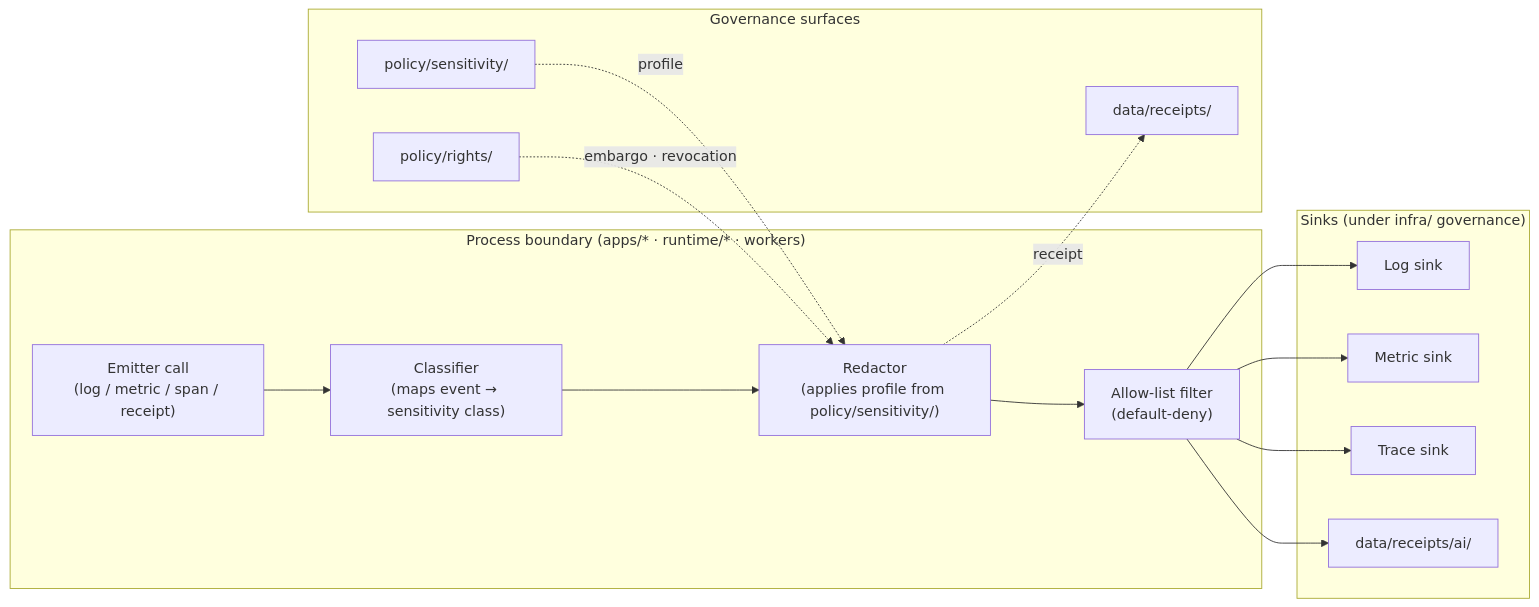
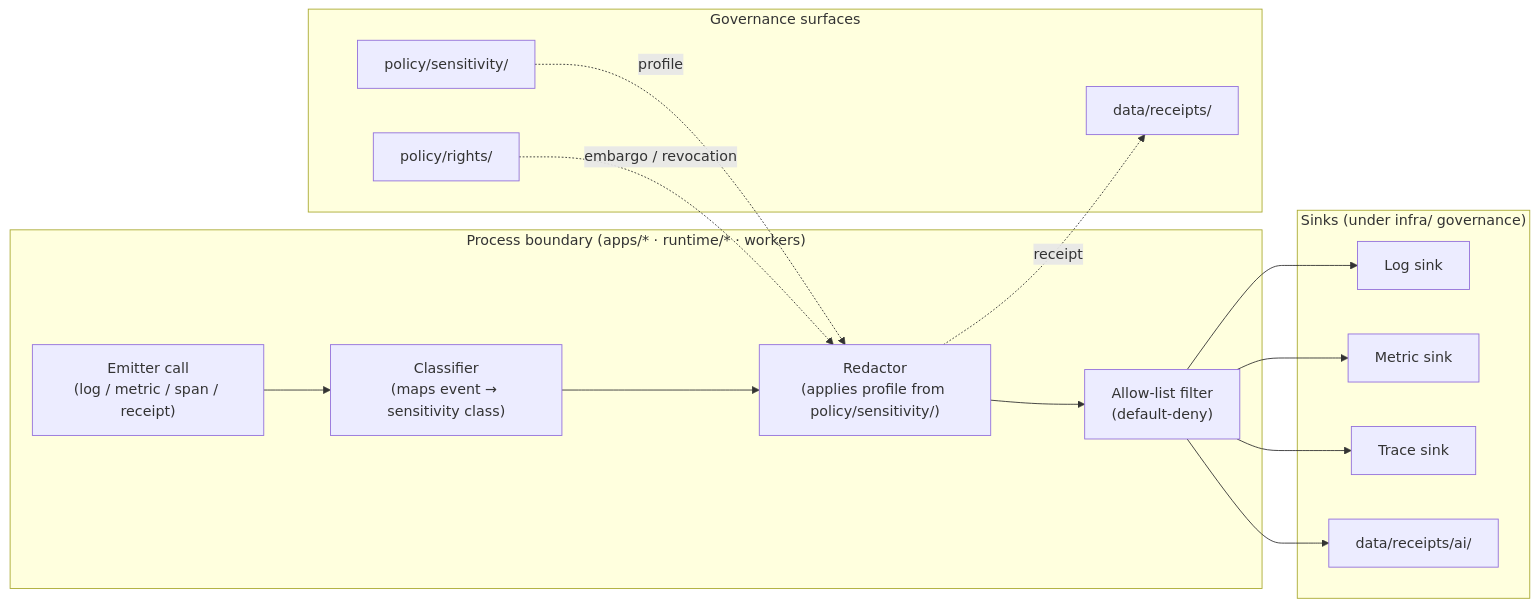
One commit to bartytime4life/Kansas-Frontier-Matrix changed the first of 2 diagrams in docs/adr/ADR-0016-telemetry-redaction-posture.md. Above: the diagram before and after it, drawn with Mermaid. The commit also changed other lines of this file, not shown here.

````diff
--- a/docs/adr/ADR-0016-telemetry-redaction-posture.md
+++ b/docs/adr/ADR-0016-telemetry-redaction-posture.md
@@ -234,31 +278,31 @@
 ```mermaid
 flowchart LR
   subgraph PROC["Process boundary (apps/* · runtime/* · workers)"]
     EMIT["Emitter call<br/>(log / metric / span / receipt)"]
-    CLASSIFY["Classifier<br/>(maps event &rarr; sensitivity class)"]
+    CLASSIFY["Classifier<br/>(maps event → sensitivity class)"]
     REDACT["Redactor<br/>(applies profile from policy/sensitivity/)"]
     ALLOW["Allow-list filter<br/>(default-deny)"]
   end
 
   subgraph GOV["Governance surfaces"]
     SENS["policy/sensitivity/"]
     RIGHTS["policy/rights/"]
     RCPT["data/receipts/"]
   end
 
   subgraph SINKS["Sinks (under infra/ governance)"]
     LOG["Log sink"]
     MET["Metric sink"]
     TRC["Trace sink"]
     AIR["data/receipts/ai/"]
   end
 
   EMIT --> CLASSIFY --> REDACT --> ALLOW
   SENS -. profile .-> REDACT
-  RIGHTS -. embargo &middot; revocation .-> REDACT
+  RIGHTS -. embargo / revocation .-> REDACT
   REDACT -. receipt .-> RCPT
   ALLOW --> LOG
   ALLOW --> MET
   ALLOW --> TRC
   ALLOW --> AIR
 ```
````
